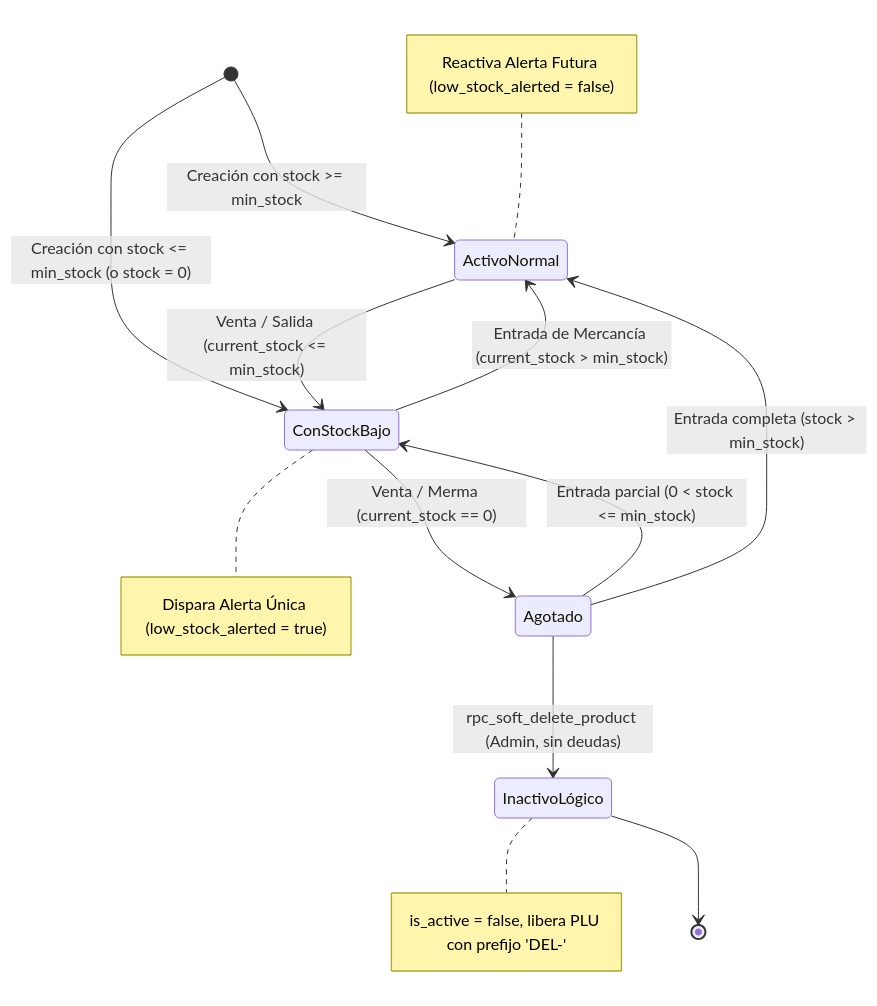
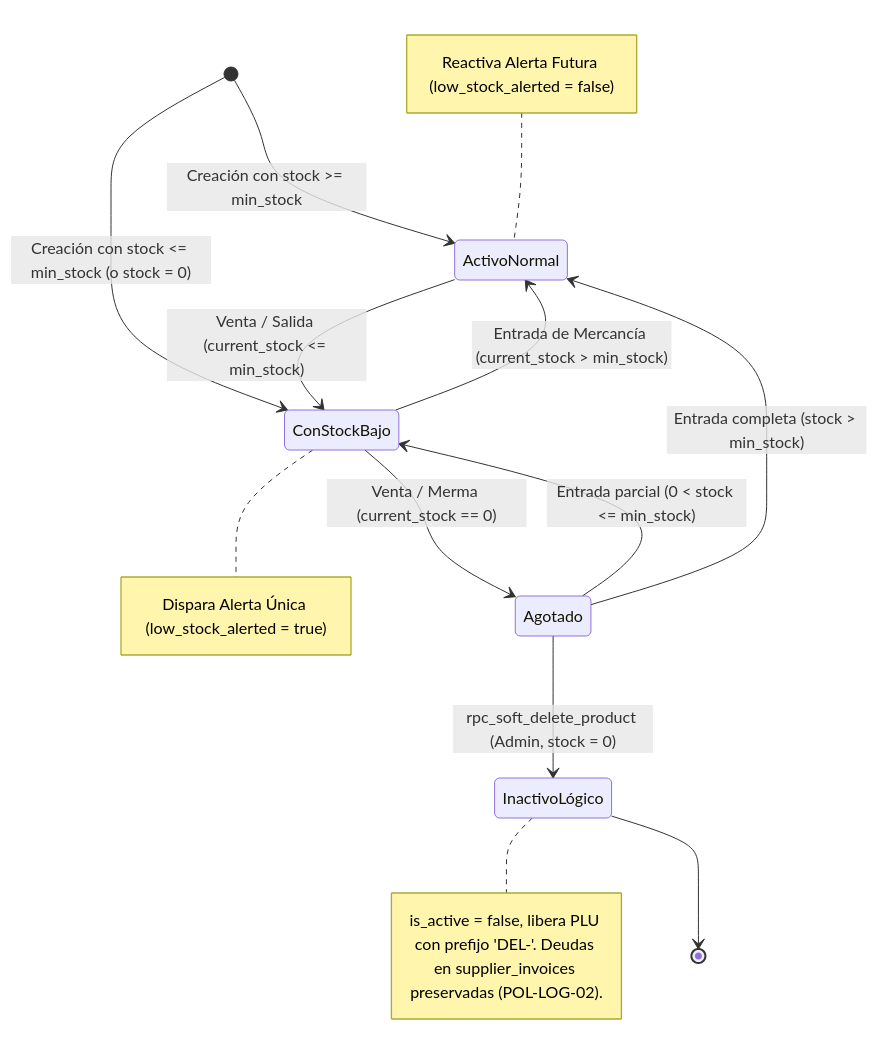
The fourth of 5 diagrams in documentation/01_requirements/SDD/SDD_006_NUCLEO_INVENTARIO_PADRE.md (YamirJCF/tienda-barrio-pro), drawn with Mermaid before and after one commit. The commit also changed other lines of this file and 4 other files, not shown here.

First line of the commit message:
fix(inventory): desacoplar bajas logicas de cuentas por pagar segun POL-LOG-02

````diff
--- a/documentation/01_requirements/SDD/SDD_006_NUCLEO_INVENTARIO_PADRE.md
+++ b/documentation/01_requirements/SDD/SDD_006_NUCLEO_INVENTARIO_PADRE.md
@@ -134,20 +130,20 @@
 ```mermaid
 stateDiagram-v2
     [*] --> ActivoNormal : Creación con stock >= min_stock
     [*] --> ConStockBajo : Creación con stock <= min_stock (o stock = 0)
     
     ActivoNormal --> ConStockBajo : Venta / Salida (current_stock <= min_stock)
     Note right of ConStockBajo : Dispara Alerta Única (low_stock_alerted = true)
     
     ConStockBajo --> ActivoNormal : Entrada de Mercancía (current_stock > min_stock)
     Note left of ActivoNormal : Reactiva Alerta Futura (low_stock_alerted = false)
     
     ConStockBajo --> Agotado : Venta / Merma (current_stock == 0)
     Agotado --> ConStockBajo : Entrada parcial (0 < stock <= min_stock)
     Agotado --> ActivoNormal : Entrada completa (stock > min_stock)
     
-    Agotado --> InactivoLógico : rpc_soft_delete_product (Admin, sin deudas)
-    Note right of InactivoLógico : is_active = false, libera PLU con prefijo 'DEL-'
+    Agotado --> InactivoLógico : rpc_soft_delete_product (Admin, stock = 0)
+    Note right of InactivoLógico : is_active = false, libera PLU con prefijo 'DEL-'. Deudas en supplier_invoices preservadas (POL-LOG-02).
     
     InactivoLógico --> [*]
 ```
````
